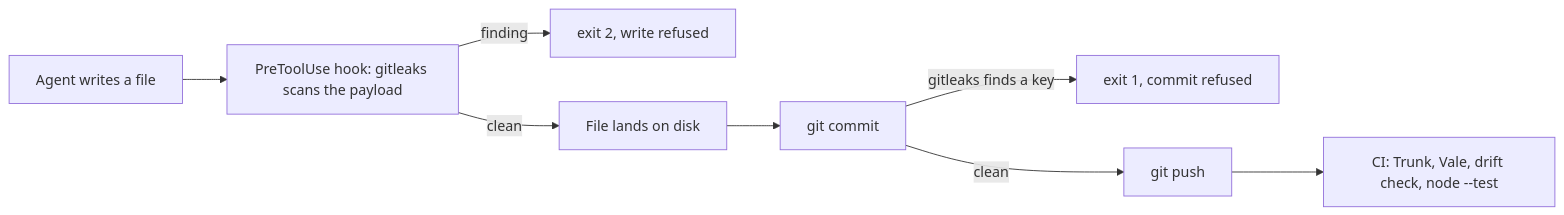
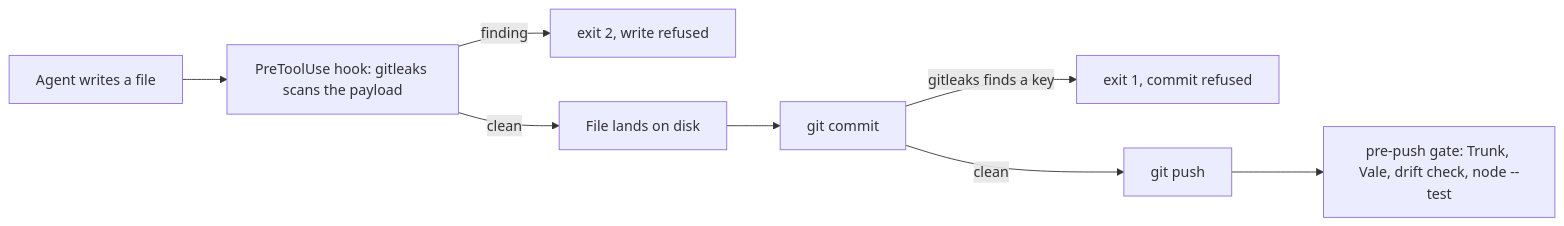
Before and after one commit to markkennethbadilla/public-agent-provisioning: the diagram in README.md, drawn with Mermaid. The commit also changed other lines of this file and 17 other files, not shown here.

First line of the commit message:
Remove GitHub Actions: npm run verify becomes the pre-push gate

````diff
--- a/README.md
+++ b/README.md
@@ -42,10 +42,10 @@
 ```mermaid
 flowchart LR
     A["Agent writes a file"] --> B["PreToolUse hook: gitleaks scans the payload"]
     B -->|finding| X["exit 2, write refused"]
     B -->|clean| C["File lands on disk"]
     C --> D["git commit"]
     D -->|gitleaks finds a key| Y["exit 1, commit refused"]
     D -->|clean| E["git push"]
-    E --> F["CI: Trunk, Vale, drift check, node --test"]
+    E --> F["pre-push gate: Trunk, Vale, drift check, node --test"]
 ```
````
